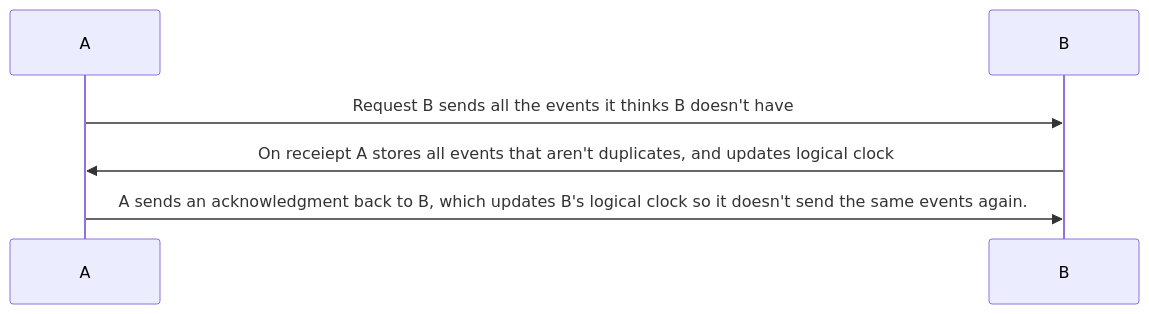
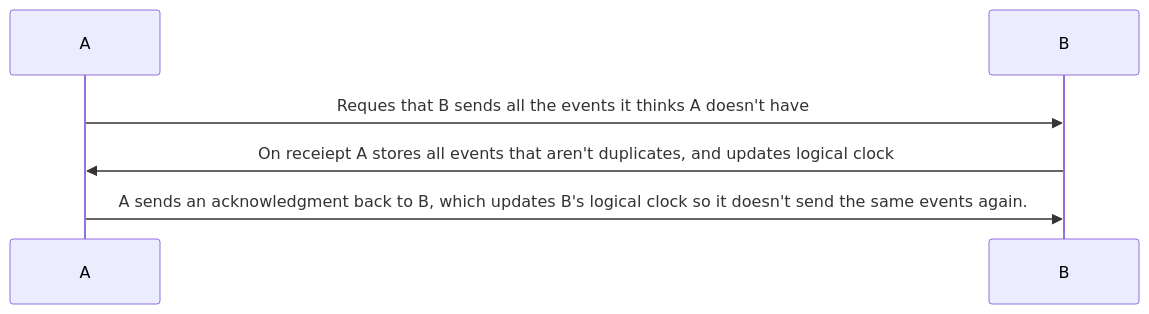
One commit to LAC-Tech/laterbase changed the second of 2 diagrams in notes/technical.md. Above: the diagram before and after it, drawn with Mermaid.

Commit message:
tidying sync protocol diagram

````diff
--- a/notes/technical.md
+++ b/notes/technical.md
@@ -61,8 +61,6 @@
 ```mermaid
 sequenceDiagram
-    participant A
-    participant B
-    A->>B: Request B sends all the events it thinks B doesn't have
+    A->>B: Reques that B sends all the events it thinks A doesn't have
     B->>A: On receiept A stores all events that aren't duplicates, and updates logical clock
     A->>B: A sends an acknowledgment back to B, which updates B's logical clock so it doesn't send the same events again.
 ```
````
